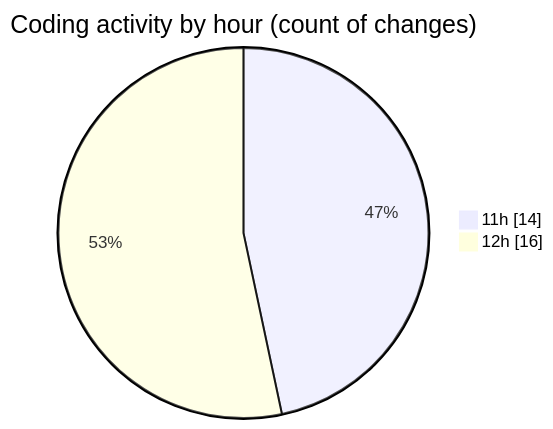
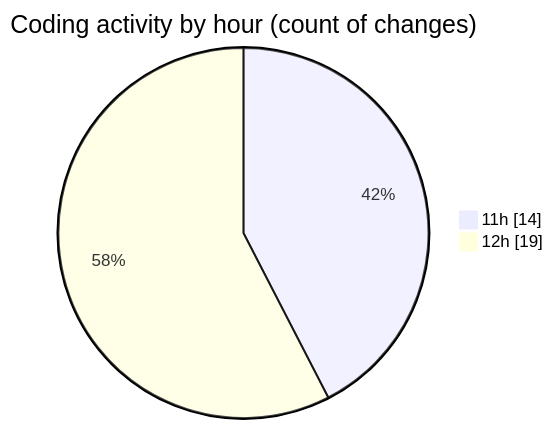
The second of 2 diagrams in 2025-08-28/nxtqube_webapp/README.md (nxtqubesakshisongat/code-tracking), drawn with Mermaid before and after one commit. The commit also changed other lines of this file and 1 other file, not shown here.

````diff
--- a/2025-08-28/nxtqube_webapp/README.md
+++ b/2025-08-28/nxtqube_webapp/README.md
@@ -32,6 +33,6 @@
 ```mermaid
 pie showData
 title Coding activity by hour (count of changes)
 "11h" : 14
-"12h" : 16
+"12h" : 19
 ```
````
